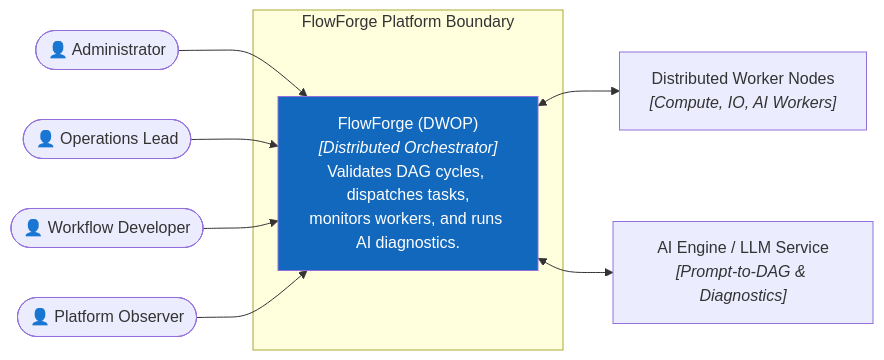
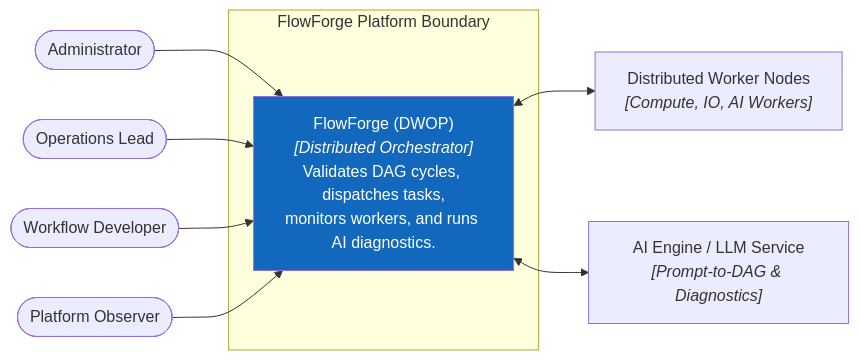
Before and after one commit to AnCoder1310/FlowForge: the diagram in docs/architecture/arc42/03-context-and-scope.md, drawn with Mermaid. The commit also changed 28 other files, not shown here.

Commit message:
feat: complete FlowForge production-ready DAG engine, conditional branching, visual studio, and fix dashboard metrics anti-jitter

````diff
--- a/docs/architecture/arc42/03-context-and-scope.md
+++ b/docs/architecture/arc42/03-context-and-scope.md
@@ -5,24 +5,24 @@
 ```mermaid
 flowchart LR
-    admin(["👤 Administrator"])
-    operator(["👤 Operations Lead"])
-    dev(["👤 Workflow Developer"])
-    viewer(["👤 Platform Observer"])
+    admin(["Administrator"])
+    operator(["Operations Lead"])
+    dev(["Workflow Developer"])
+    viewer(["Platform Observer"])
 
     subgraph boundary["FlowForge Platform Boundary"]
         dwop["FlowForge (DWOP)<br/><i>[Distributed Orchestrator]</i><br/>Validates DAG cycles, dispatches tasks,<br/>monitors workers, and runs AI diagnostics."]
     end
 
     workers["Distributed Worker Nodes<br/><i>[Compute, IO, AI Workers]</i>"]
     llm["AI Engine / LLM Service<br/><i>[Prompt-to-DAG & Diagnostics]</i>"]
 
     admin --> dwop
     operator --> dwop
     dev --> dwop
     viewer --> dwop
 
     dwop <--> workers
     dwop <--> llm
 
     style dwop fill:#1168bd,color:#fff
 ```
````
